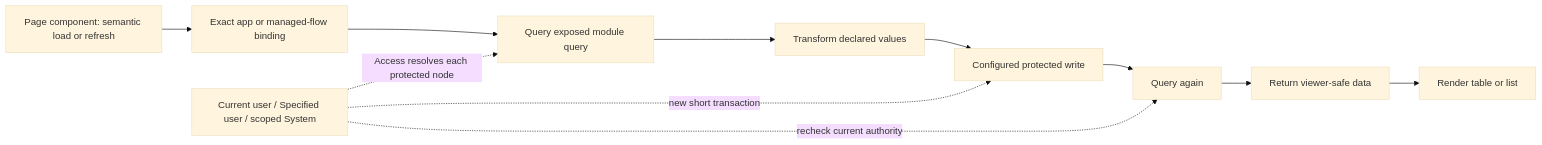
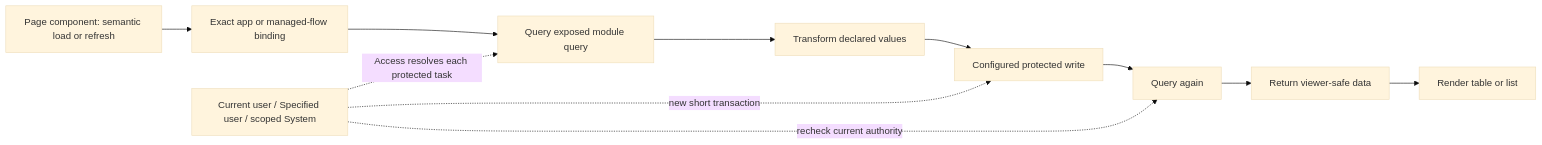
The third of 4 diagrams in docs/specification/appendices/frontend-rule-designer.md (Abzum-NZ/Abzum-Vortex), drawn with Mermaid (base theme) before and after one commit. The commit also changed other lines of this file and 1 other file, not shown here.

First line of the commit message:
Specify one Kestra-shaped flow language

````diff
--- a/docs/specification/appendices/frontend-rule-designer.md
+++ b/docs/specification/appendices/frontend-rule-designer.md
@@ -108,13 +161,13 @@
 ```mermaid
 flowchart LR
     COMPONENT[Page component: semantic load or refresh] --> BIND[Exact app or managed-flow binding]
     BIND --> QUERY[Query exposed module query]
     QUERY --> TRANSFORM[Transform declared values]
     TRANSFORM --> WRITE[Configured protected write]
     WRITE --> READ[Query again]
     READ --> RETURN[Return viewer-safe data]
     RETURN --> TABLE[Render table or list]
-    ACTOR[Current user / Specified user / scoped System] -. Access resolves each protected node .-> QUERY
+    ACTOR[Current user / Specified user / scoped System] -. Access resolves each protected task .-> QUERY
     ACTOR -. new short transaction .-> WRITE
     ACTOR -. recheck current authority .-> READ
 ```
````
